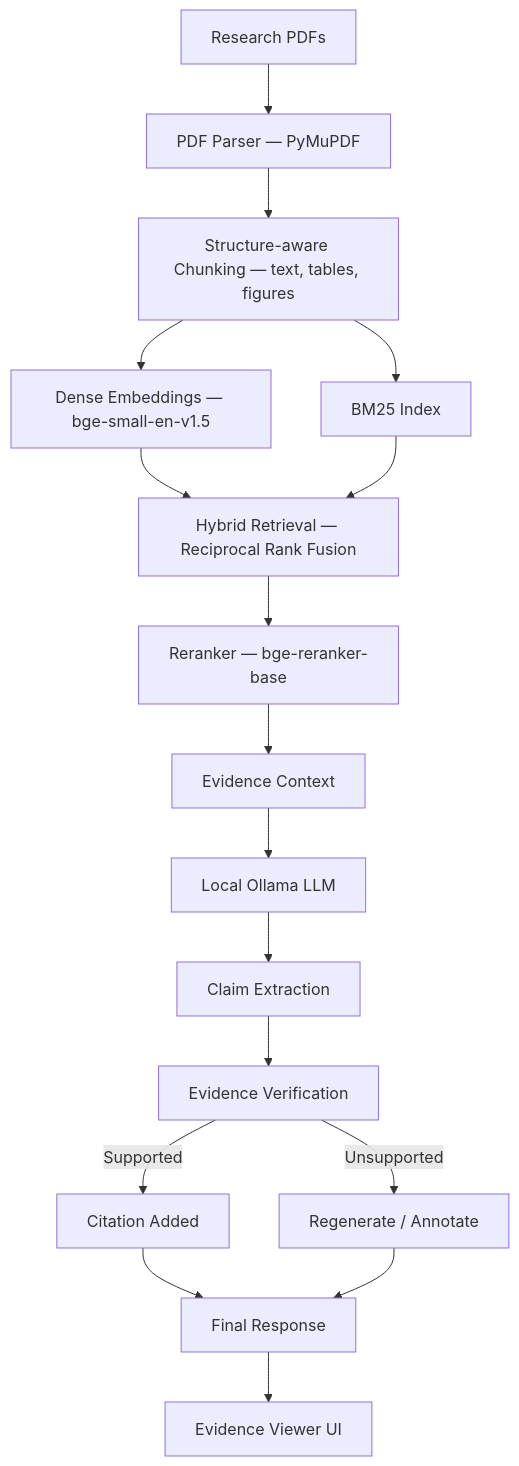
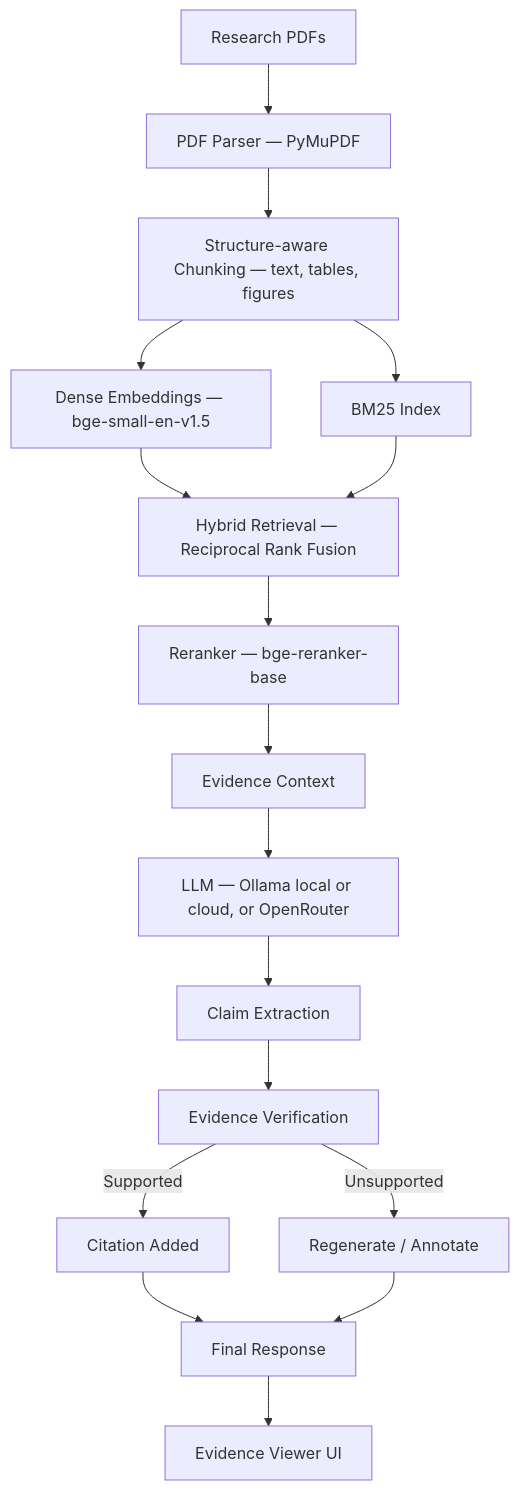
One commit to ARPurohit07/BioLit changed the first of 2 diagrams in README.md. Above: the diagram before and after it, drawn with Mermaid. The commit also changed other lines of this file, not shown here.

````diff
--- a/README.md
+++ b/README.md
@@ -46,19 +51,19 @@
 ```mermaid
 flowchart TD
     A[Research PDFs] --> B[PDF Parser — PyMuPDF]
     B --> C[Structure-aware Chunking — text, tables, figures]
     C --> D[Dense Embeddings — bge-small-en-v1.5]
     C --> E[BM25 Index]
     D --> F[Hybrid Retrieval — Reciprocal Rank Fusion]
     E --> F
     F --> G[Reranker — bge-reranker-base]
     G --> H[Evidence Context]
-    H --> I[Local Ollama LLM]
+    H --> I[LLM — Ollama local or cloud, or OpenRouter]
     I --> J[Claim Extraction]
     J --> K[Evidence Verification]
     K -->|Supported| L[Citation Added]
     K -->|Unsupported| M[Regenerate / Annotate]
     L --> N[Final Response]
     M --> N
     N --> O[Evidence Viewer UI]
 ```
````
